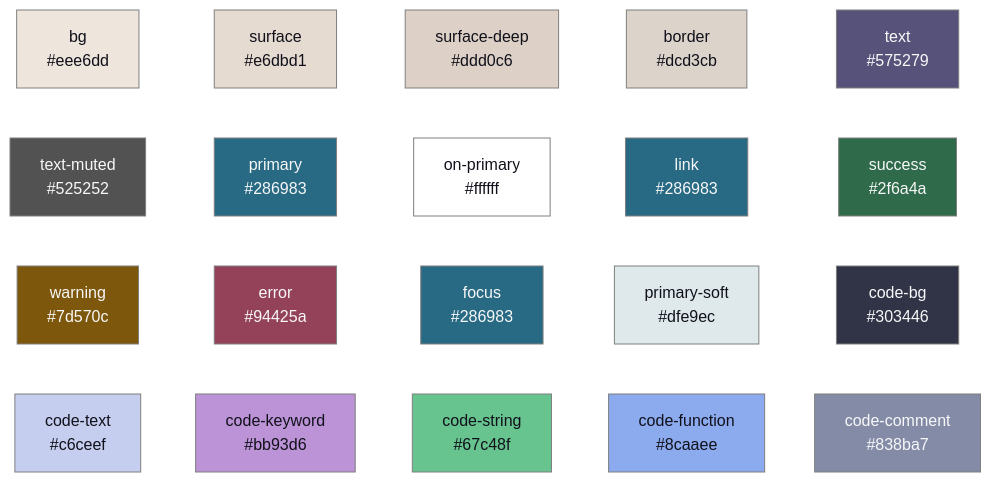
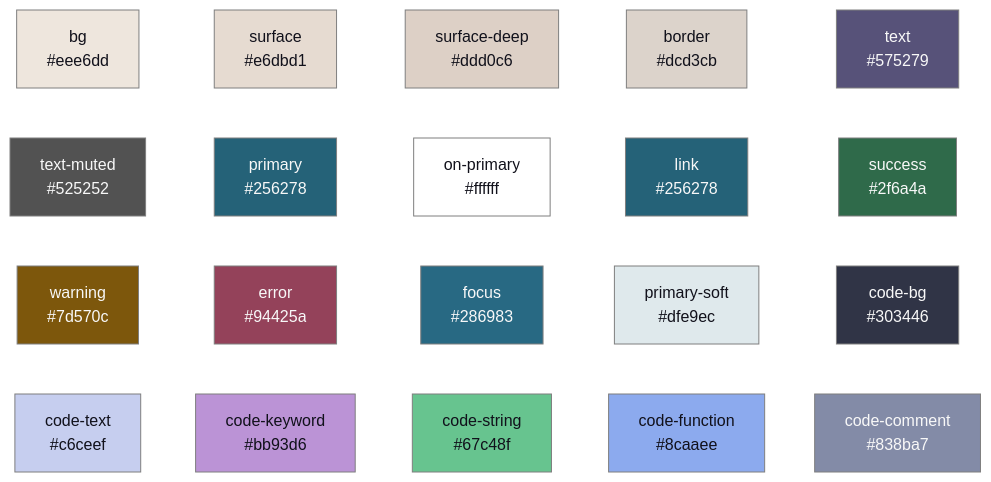
The third of 4 diagrams in docs/design/theme-exploration.md (ebouchut/learn-dev), drawn with Mermaid before and after one commit. The commit also changed other lines of this file and 1 other file, not shown here.

First line of the commit message:
fix(frontend): Darken Soft Paper light primary and link for surface text

````diff
--- a/docs/design/theme-exploration.md
+++ b/docs/design/theme-exploration.md
@@ -162,27 +164,27 @@
 ```mermaid
 flowchart LR
   t0["bg<br/>#eee6dd"] ~~~ t1["surface<br/>#e6dbd1"] ~~~ t2["surface-deep<br/>#ddd0c6"] ~~~ t3["border<br/>#dcd3cb"] ~~~ t4["text<br/>#575279"]
-  t5["text-muted<br/>#525252"] ~~~ t6["primary<br/>#286983"] ~~~ t7["on-primary<br/>#ffffff"] ~~~ t8["link<br/>#286983"] ~~~ t9["success<br/>#2f6a4a"]
+  t5["text-muted<br/>#525252"] ~~~ t6["primary<br/>#256278"] ~~~ t7["on-primary<br/>#ffffff"] ~~~ t8["link<br/>#256278"] ~~~ t9["success<br/>#2f6a4a"]
   t10["warning<br/>#7d570c"] ~~~ t11["error<br/>#94425a"] ~~~ t12["focus<br/>#286983"] ~~~ t13["primary-soft<br/>#dfe9ec"] ~~~ t14["code-bg<br/>#303446"]
   t15["code-text<br/>#c6ceef"] ~~~ t16["code-keyword<br/>#bb93d6"] ~~~ t17["code-string<br/>#67c48f"] ~~~ t18["code-function<br/>#8caaee"] ~~~ t19["code-comment<br/>#838ba7"]
   style t0 fill:#eee6dd,stroke:#7f7f7f,color:#11111b
   style t1 fill:#e6dbd1,stroke:#7f7f7f,color:#11111b
   style t2 fill:#ddd0c6,stroke:#7f7f7f,color:#11111b
   style t3 fill:#dcd3cb,stroke:#7f7f7f,color:#11111b
   style t4 fill:#575279,stroke:#7f7f7f,color:#f8f8f8
   style t5 fill:#525252,stroke:#7f7f7f,color:#f8f8f8
-  style t6 fill:#286983,stroke:#7f7f7f,color:#f8f8f8
+  style t6 fill:#256278,stroke:#7f7f7f,color:#f8f8f8
   style t7 fill:#ffffff,stroke:#7f7f7f,color:#11111b
-  style t8 fill:#286983,stroke:#7f7f7f,color:#f8f8f8
+  style t8 fill:#256278,stroke:#7f7f7f,color:#f8f8f8
   style t9 fill:#2f6a4a,stroke:#7f7f7f,color:#f8f8f8
   style t10 fill:#7d570c,stroke:#7f7f7f,color:#f8f8f8
   style t11 fill:#94425a,stroke:#7f7f7f,color:#f8f8f8
   style t12 fill:#286983,stroke:#7f7f7f,color:#f8f8f8
   style t13 fill:#dfe9ec,stroke:#7f7f7f,color:#11111b
   style t14 fill:#303446,stroke:#7f7f7f,color:#f8f8f8
   style t15 fill:#c6ceef,stroke:#7f7f7f,color:#11111b
   style t16 fill:#bb93d6,stroke:#7f7f7f,color:#11111b
   style t17 fill:#67c48f,stroke:#7f7f7f,color:#11111b
   style t18 fill:#8caaee,stroke:#7f7f7f,color:#11111b
   style t19 fill:#838ba7,stroke:#7f7f7f,color:#f8f8f8
 ```
````
